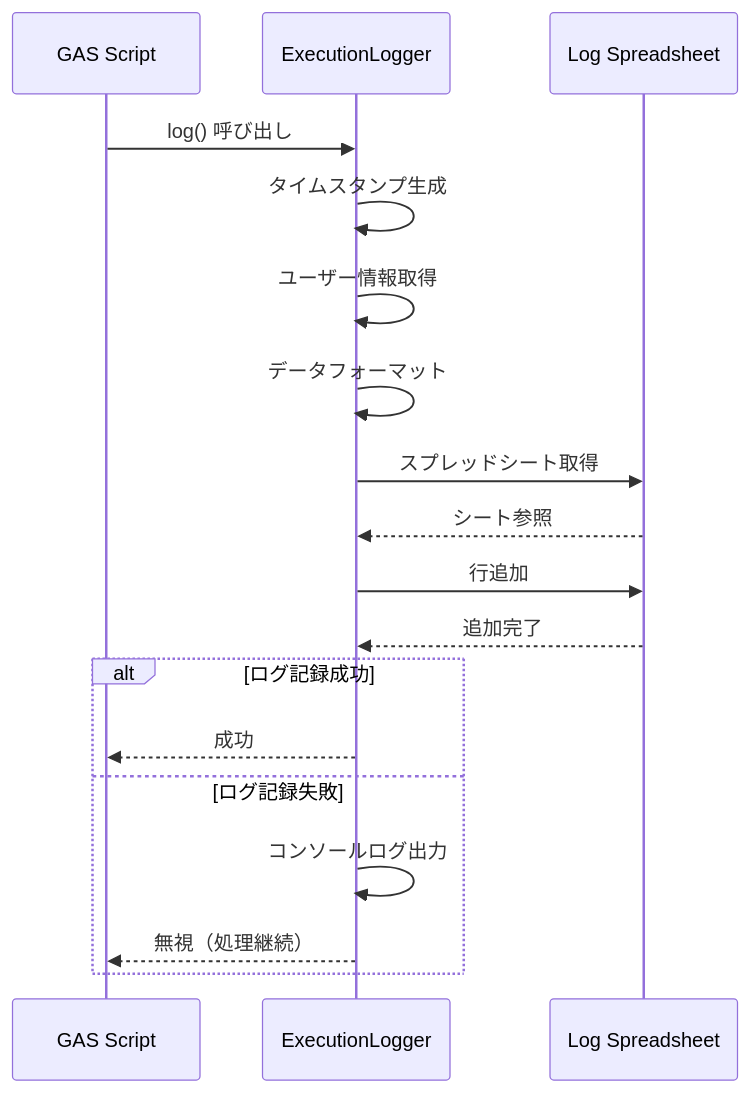
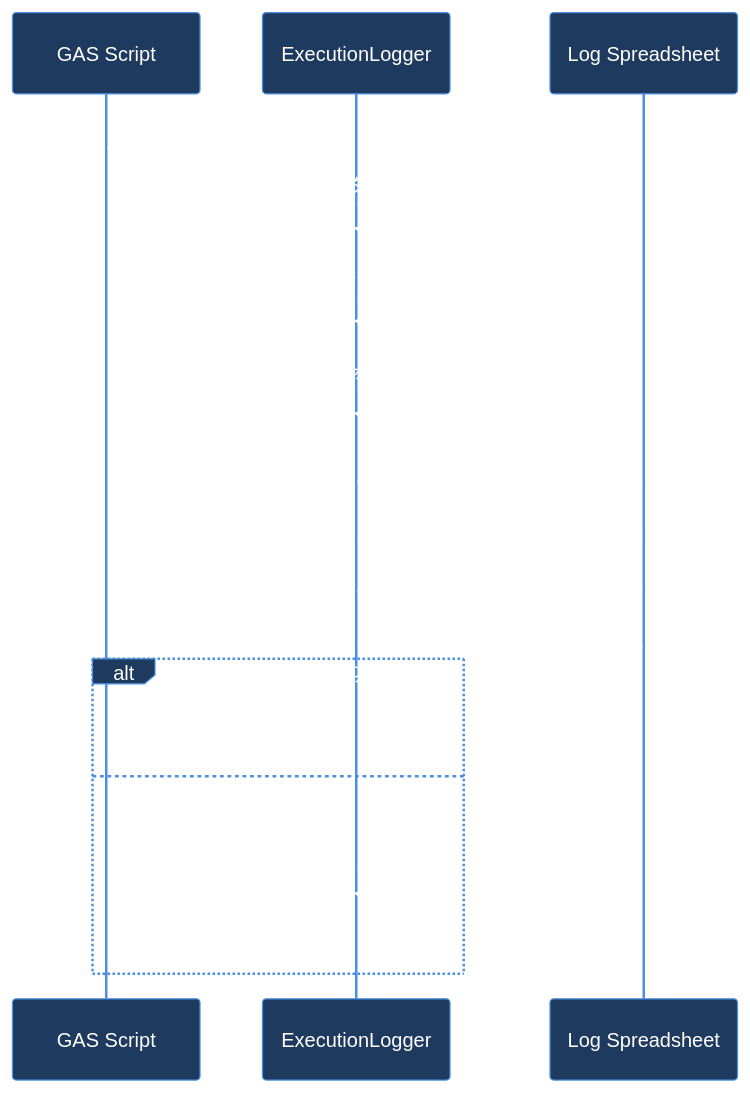
One commit to tasai-lab/appsheet-gas-automation changed the fifth of 8 diagrams in gas_projects/Appsheet_営業_音声記録/FLOW.md. Above: the diagram before and after it, drawn with Mermaid. The commit also changed other lines of this file, not shown here.

````diff
--- a/gas_projects/Appsheet_営業_音声記録/FLOW.md
+++ b/gas_projects/Appsheet_営業_音声記録/FLOW.md
@@ -117,24 +168,27 @@
 ```mermaid
 sequenceDiagram
     participant Script as GAS Script
     participant Logger as ExecutionLogger
     participant Sheet as Log Spreadsheet
     
     Script->>Logger: log() 呼び出し
     Logger->>Logger: タイムスタンプ生成
     Logger->>Logger: ユーザー情報取得
     Logger->>Logger: データフォーマット
     
     Logger->>Sheet: スプレッドシート取得
     Sheet-->>Logger: シート参照
     
     Logger->>Sheet: 行追加
     Sheet-->>Logger: 追加完了
     
     alt ログ記録成功
         Logger-->>Script: 成功
     else ログ記録失敗
         Logger->>Logger: コンソールログ出力
         Logger-->>Script: 無視（処理継続）
     end
+    
+    %% スタイル定義（ダークモード対応）
+    %%{init: {'theme':'base', 'themeVariables': {'primaryColor':'#1e3a5f','primaryTextColor':'#fff','primaryBorderColor':'#4a90e2','lineColor':'#4a90e2','secondaryColor':'#5f4c1e','tertiaryColor':'#1e5f3a'}}}%%
 ```
````
